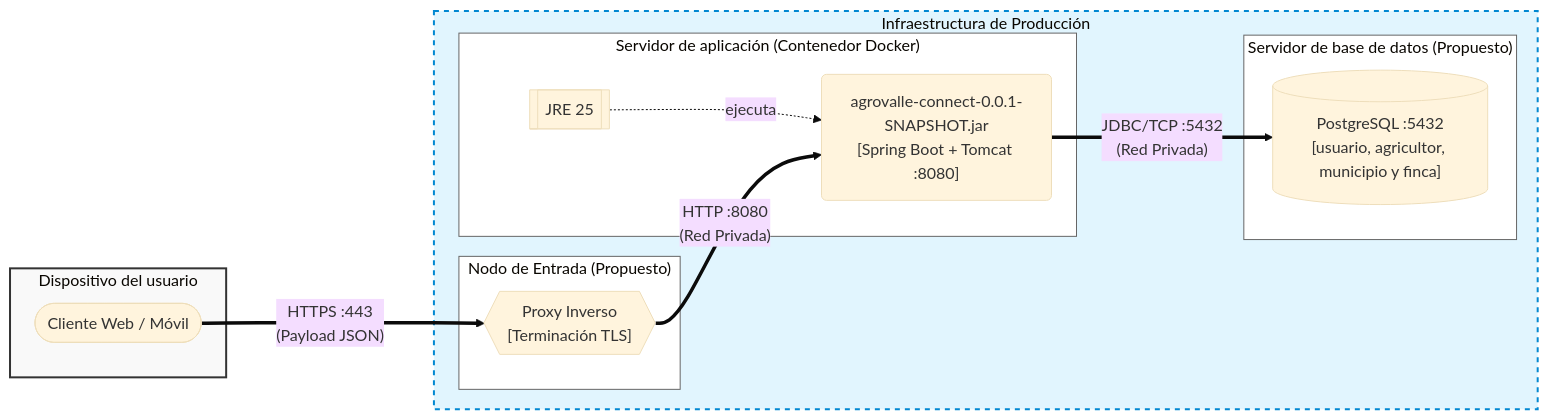
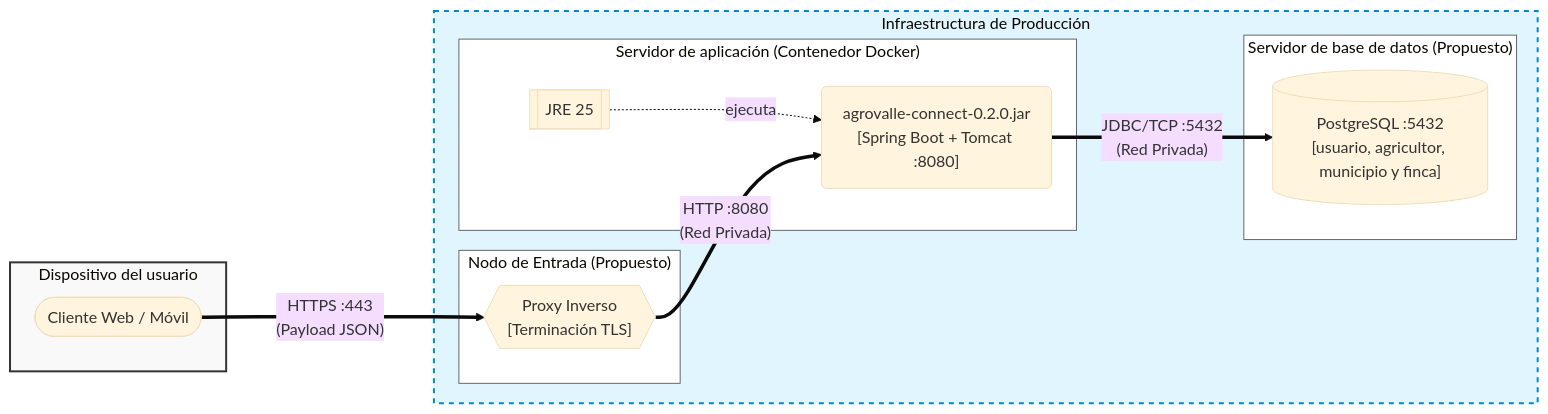
One commit to Angel-uniajc/AgrovalleConnect changed the first of 2 diagrams in docs/diseno/diagrama_de_despliegue.md. Above: the diagram before and after it, drawn with Mermaid (base theme). The commit also changed other lines of this file and 2 other files, not shown here.

````diff
--- a/docs/diseno/diagrama_de_despliegue.md
+++ b/docs/diseno/diagrama_de_despliegue.md
@@ -29,33 +29,33 @@
 ```mermaid
 flowchart LR
     subgraph EXTERNO ["Dispositivo del usuario"]
         APP(["Cliente Web / Móvil"])
     end
 
     subgraph NUBE ["Infraestructura de Producción"]
         subgraph ENTRADA ["Nodo de Entrada (Propuesto)"]
             PROXY{{"Proxy Inverso\n[Terminación TLS]"}}
         end
 
         subgraph DOCKER ["Servidor de aplicación (Contenedor Docker)"]
             JRE[["JRE 25"]]
-            JAR("agrovalle-connect-0.0.1-SNAPSHOT.jar\n[Spring Boot + Tomcat :8080]")
+            JAR("agrovalle-connect-0.2.0.jar\n[Spring Boot + Tomcat :8080]")
             JRE -.->|ejecuta| JAR
         end
 
         subgraph DB_SERVER ["Servidor de base de datos (Propuesto)"]
             PG[("PostgreSQL :5432\n[usuario, agricultor, municipio y finca]")]
         end
         
         PROXY ==>|"HTTP :8080\n(Red Privada)"| JAR
         JAR ==>|"JDBC/TCP :5432\n(Red Privada)"| PG
     end
 
     APP ===>|"HTTPS :443\n(Payload JSON)"| PROXY
     
     style EXTERNO fill:#f9f9f9,stroke:#333,stroke-width:2px
     style NUBE fill:#e1f5fe,stroke:#0288d1,stroke-width:2px,stroke-dasharray: 5 5
     style ENTRADA fill:#ffffff,stroke:#666
     style DOCKER fill:#ffffff,stroke:#666
     style DB_SERVER fill:#ffffff,stroke:#666
 ```
````
